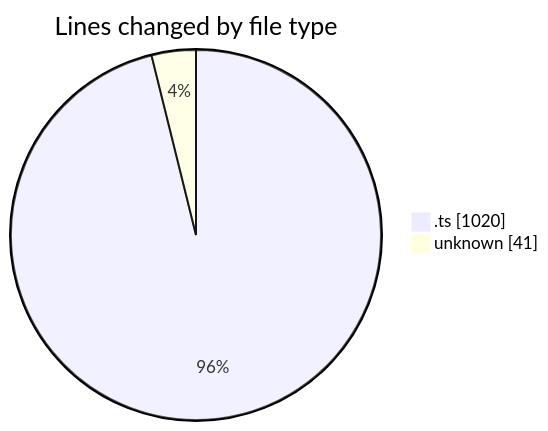
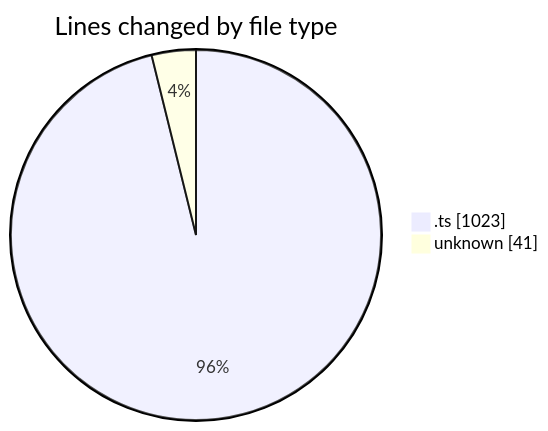
One commit to momahboobian/code-tracking changed the first of 2 diagrams in 2025-08-18/cda/README.md. Above: the diagram before and after it, drawn with Mermaid. The commit also changed other lines of this file and 1 other file, not shown here.

````diff
--- a/2025-08-18/cda/README.md
+++ b/2025-08-18/cda/README.md
@@ -24,6 +24,6 @@
 ```mermaid
 pie showData
 title Lines changed by file type
-".ts" : 1020
+".ts" : 1023
 "unknown" : 41
 ```
````
